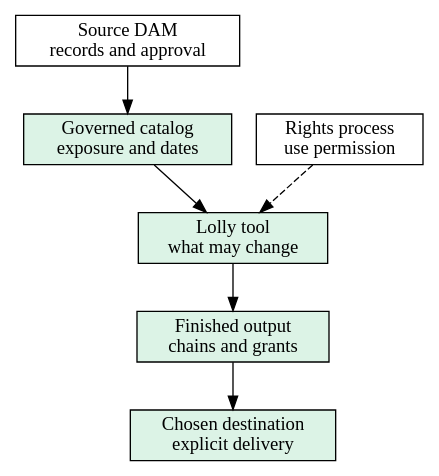
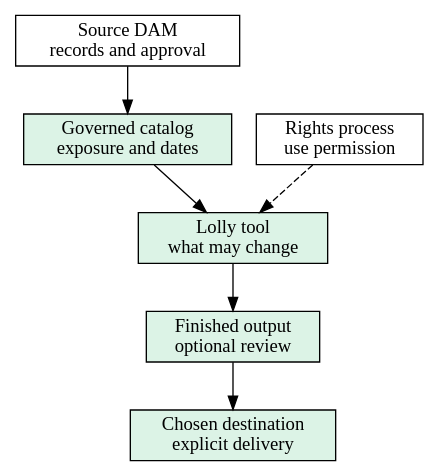
One commit to lolly-tools/lolly changed the diagram in docs/diagram-sources/work-integrations/dam-decisions.dot. Above: the diagram before and after it, drawn with Graphviz. The commit also changed 16 other files, not shown here.

```diff
--- a/docs/diagram-sources/work-integrations/dam-decisions.dot
+++ b/docs/diagram-sources/work-integrations/dam-decisions.dot
@@ -1,15 +1,15 @@
 digraph dam_decisions {
   rankdir=TB
   node [shape=box]
   dam [label="Source DAM\nrecords and approval"]
   catalog [label="Governed catalog\nexposure and dates", style=filled, fillcolor="#dcf3e6"]
   tool [label="Lolly tool\nwhat may change", style=filled, fillcolor="#dcf3e6"]
-  output [label="Finished output\nchains and grants", style=filled, fillcolor="#dcf3e6"]
+  output [label="Finished output\noptional review", style=filled, fillcolor="#dcf3e6"]
   destination [label="Chosen destination\nexplicit delivery", style=filled, fillcolor="#dcf3e6"]
   rights [label="Rights process\nuse permission"]
   dam -> catalog
   catalog -> tool
   tool -> output
   output -> destination
   rights -> tool [style=dashed]
 }
```
